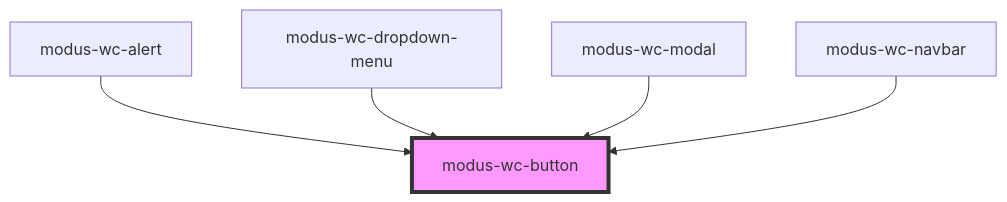
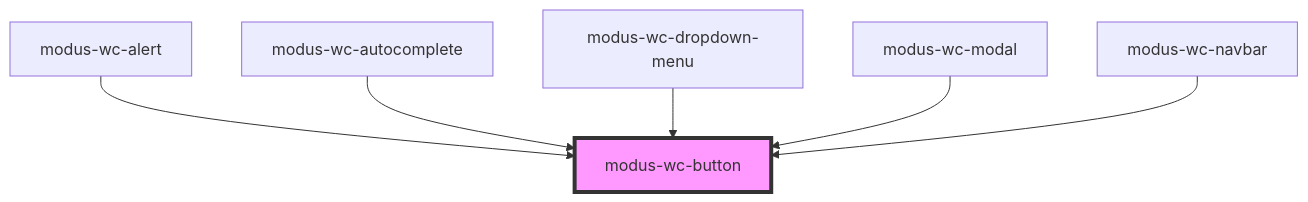
The diagram in src/components/modus-wc-button/readme.md (trimble-oss/modus-wc-2.0), drawn with Mermaid before and after one commit. The commit also changed other lines of this file and 7 other files, not shown here.

````diff
--- a/src/components/modus-wc-button/readme.md
+++ b/src/components/modus-wc-button/readme.md
@@ -44,8 +45,9 @@
 ```mermaid
 graph TD;
   modus-wc-alert --> modus-wc-button
+  modus-wc-autocomplete --> modus-wc-button
   modus-wc-dropdown-menu --> modus-wc-button
   modus-wc-modal --> modus-wc-button
   modus-wc-navbar --> modus-wc-button
   style modus-wc-button fill:#f9f,stroke:#333,stroke-width:4px
 ```
````
